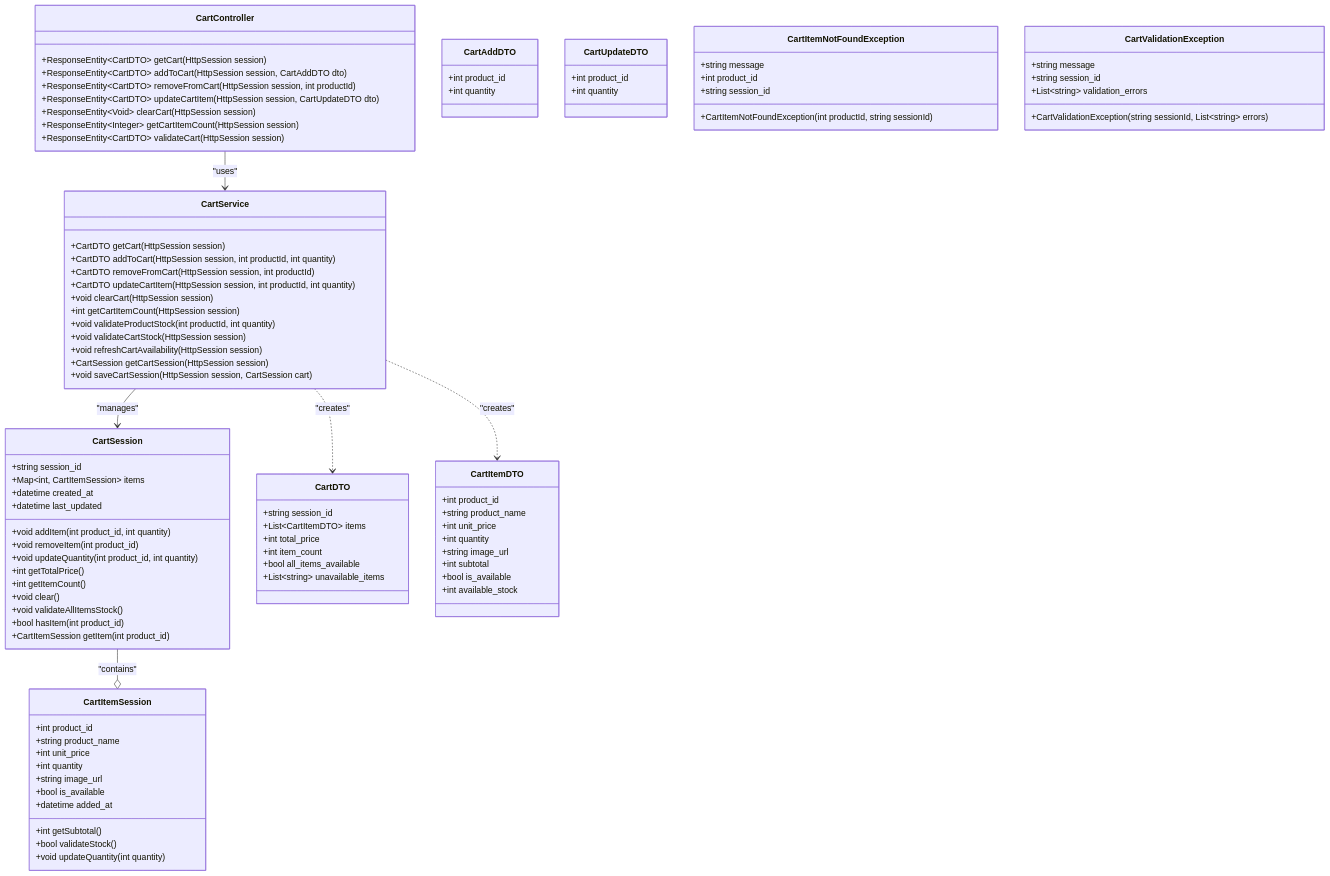
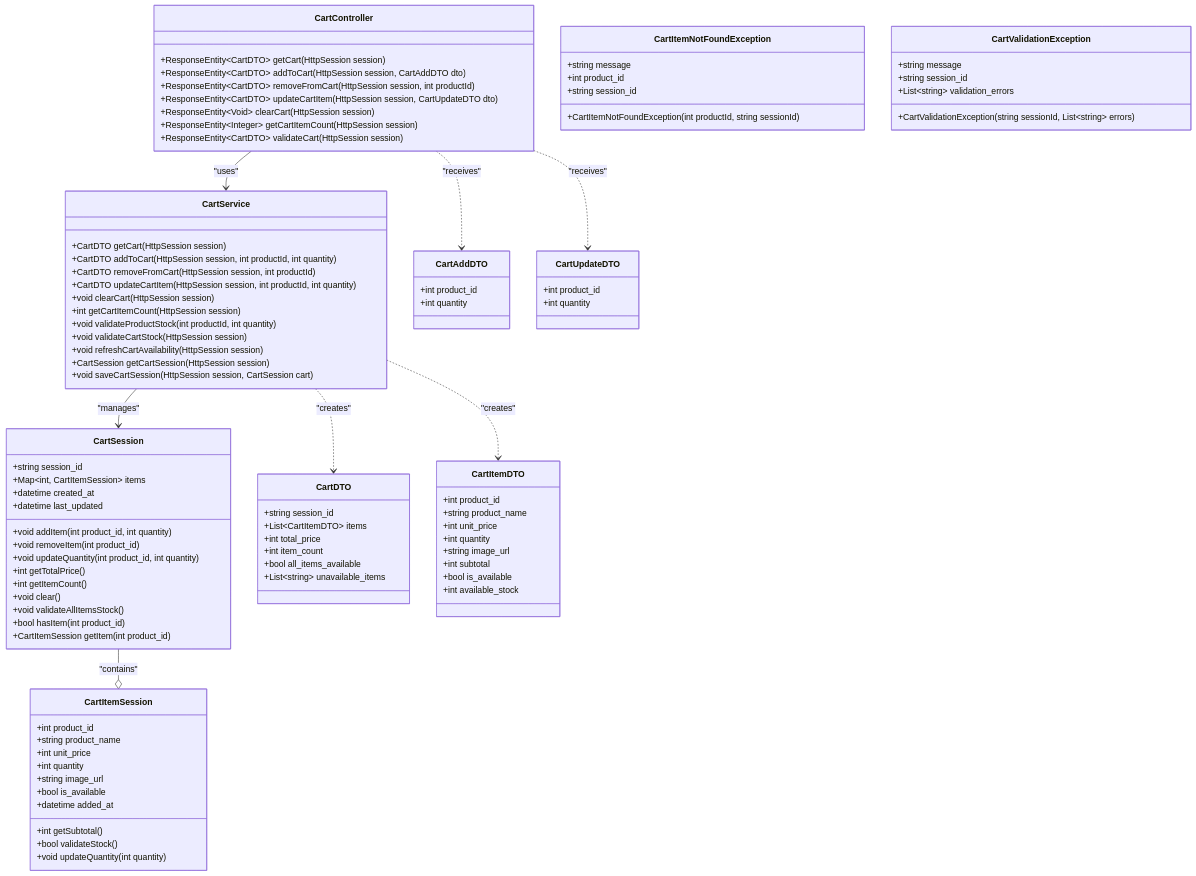
Before and after one commit to Aoi-Yaegashi/teamF: the second of 6 diagrams in 詳細設計/担当B_西嶋/クラス図_v2.md, drawn with Mermaid. The commit also changed other lines of this file, not shown here.

````diff
--- a/詳細設計/担当B_西嶋/クラス図_v2.md
+++ b/詳細設計/担当B_西嶋/クラス図_v2.md
@@ -304,4 +308,6 @@
     CartController --> CartService : "uses"
     CartService ..> CartDTO : "creates"
     CartService ..> CartItemDTO : "creates"
+    CartController ..> CartAddDTO : "receives"
+    CartController ..> CartUpdateDTO : "receives"
 ```
````
